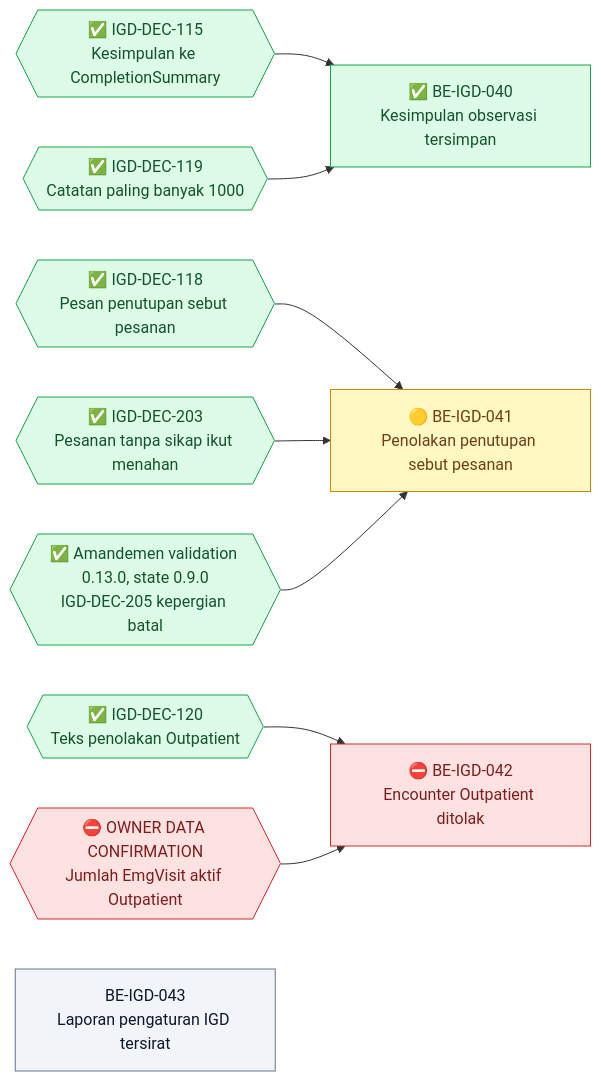
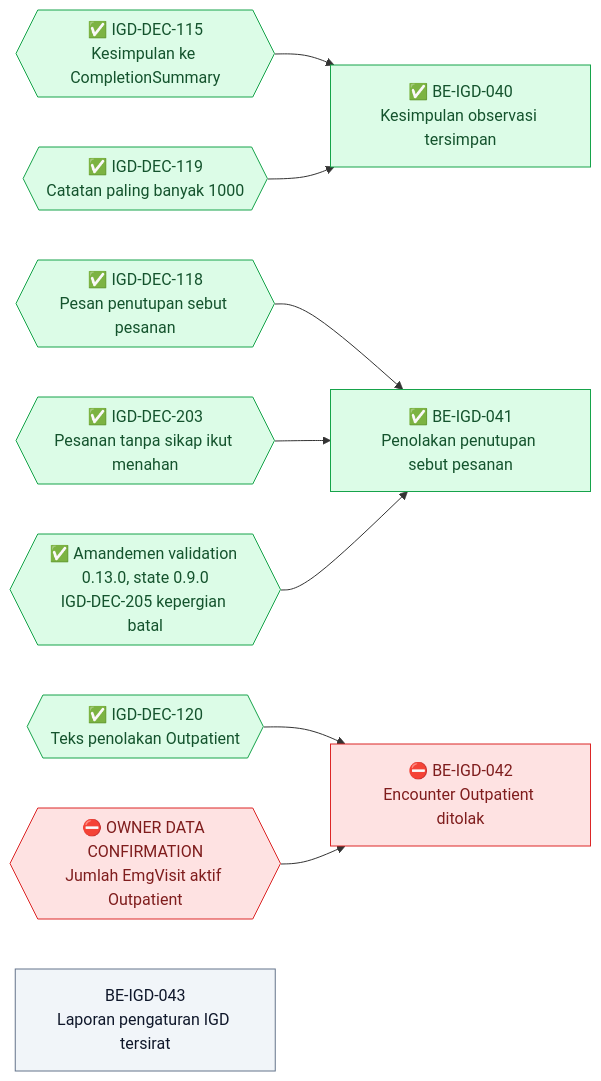
Before and after one commit to DevBenari/NewQuilvianSystemBackend: the seventh of 13 diagrams in docs/module-blueprints/igd/roadmap/backend-roadmap.md, drawn with Mermaid. The commit also changed other lines of this file and 12 other files, not shown here.

````diff
--- a/docs/module-blueprints/igd/roadmap/backend-roadmap.md
+++ b/docs/module-blueprints/igd/roadmap/backend-roadmap.md
@@ -1412,28 +1412,28 @@
 ```mermaid
 flowchart LR
     classDef selesai fill:#DCFCE7,stroke:#16A34A,color:#14532D
     classDef sebagian fill:#FEF9C3,stroke:#CA8A04,color:#713F12
     classDef terblokir fill:#FEE2E2,stroke:#DC2626,color:#7F1D1D
     classDef belum fill:#F1F5F9,stroke:#64748B,color:#0F172A
     classDef luar fill:#EDE9FE,stroke:#7C3AED,color:#3B0764
 
     DEC115{{"✅ IGD-DEC-115<br/>Kesimpulan ke CompletionSummary"}}:::selesai
     DEC119{{"✅ IGD-DEC-119<br/>Catatan paling banyak 1000"}}:::selesai
     DEC118{{"✅ IGD-DEC-118<br/>Pesan penutupan sebut pesanan"}}:::selesai
     DEC203{{"✅ IGD-DEC-203<br/>Pesanan tanpa sikap ikut menahan"}}:::selesai
     AMD205{{"✅ Amandemen validation 0.13.0, state 0.9.0<br/>IGD-DEC-205 kepergian batal"}}:::selesai
     DEC120{{"✅ IGD-DEC-120<br/>Teks penolakan Outpatient"}}:::selesai
     OWNERDATA{{"⛔ OWNER DATA CONFIRMATION<br/>Jumlah EmgVisit aktif Outpatient"}}:::terblokir
     BEIGD040["✅ BE-IGD-040<br/>Kesimpulan observasi tersimpan"]:::selesai
-    BEIGD041["🟡 BE-IGD-041<br/>Penolakan penutupan sebut pesanan"]:::sebagian
+    BEIGD041["✅ BE-IGD-041<br/>Penolakan penutupan sebut pesanan"]:::selesai
     BEIGD042["⛔ BE-IGD-042<br/>Encounter Outpatient ditolak"]:::terblokir
     BEIGD043["BE-IGD-043<br/>Laporan pengaturan IGD tersirat"]:::belum
 
     DEC115 --> BEIGD040
     DEC119 --> BEIGD040
     DEC118 --> BEIGD041
     DEC203 --> BEIGD041
     AMD205 --> BEIGD041
     DEC120 --> BEIGD042
     OWNERDATA --> BEIGD042
 ```
````
